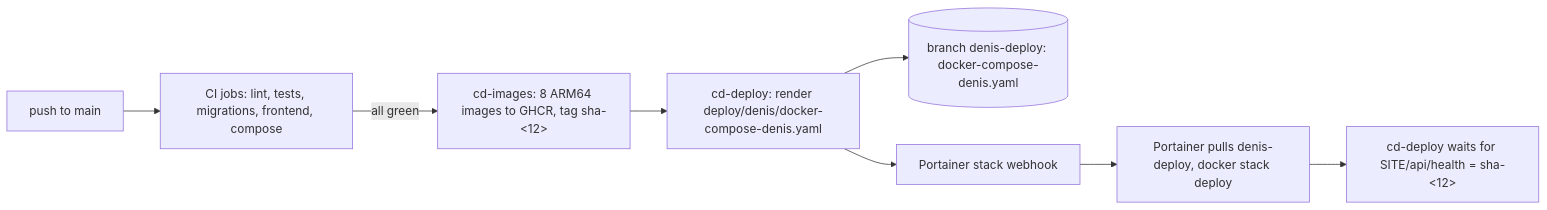
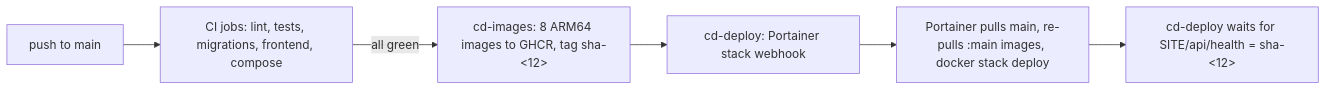
Before and after one commit to EXARTeo/genAI-summit: the diagram in docs/guides/deploy-denis.md, drawn with Mermaid. The commit also changed other lines of this file and 3 other files, not shown here.

Commit message:
ci: portainer deploys the compose from main with the :main images, no deploy branch

````diff
--- a/docs/guides/deploy-denis.md
+++ b/docs/guides/deploy-denis.md
@@ -15,10 +16,8 @@
 ```mermaid
 flowchart LR
   push[push to main] --> ci[CI jobs: lint, tests, migrations, frontend, compose]
   ci -->|all green| img[cd-images: 8 ARM64 images to GHCR, tag sha-<12>]
-  img --> dep[cd-deploy: render deploy/denis/docker-compose-denis.yaml]
-  dep --> br[(branch denis-deploy: docker-compose-denis.yaml)]
-  dep --> hook[Portainer stack webhook]
-  hook --> portainer[Portainer pulls denis-deploy, docker stack deploy]
+  img --> hook[cd-deploy: Portainer stack webhook]
+  hook --> portainer[Portainer pulls main, re-pulls :main images, docker stack deploy]
   portainer --> live[cd-deploy waits for SITE/api/health = sha-<12>]
 ```
````
